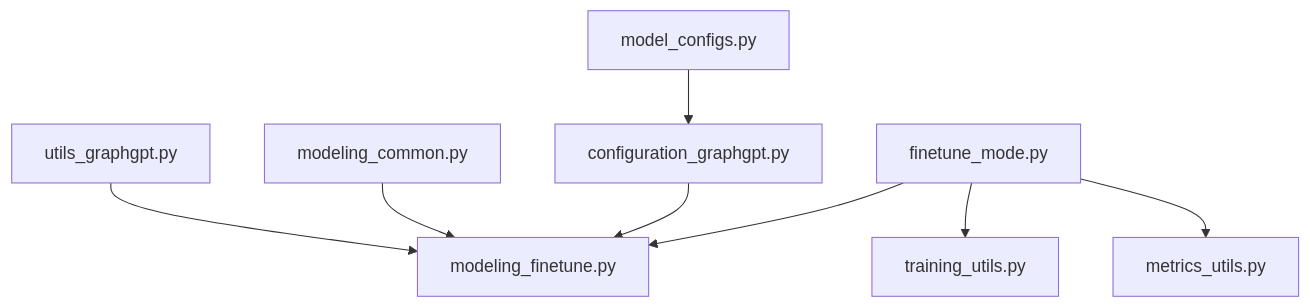
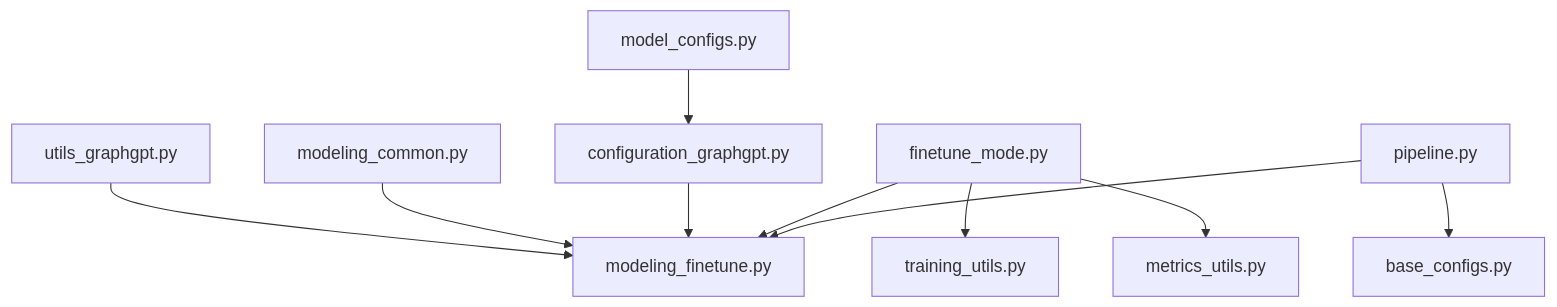
One commit to alibaba/graph-gpt changed the tenth of 10 diagrams in .qoder/repowiki/en/content/Model Architecture/Fine-tuning Models.md. Above: the diagram before and after it, drawn with Mermaid. The commit also changed other lines of this file and 7 other files, not shown here.

````diff
--- a/.qoder/repowiki/en/content/Model Architecture/Fine-tuning Models.md
+++ b/.qoder/repowiki/en/content/Model Architecture/Fine-tuning Models.md
@@ -325,10 +380,12 @@
 ```mermaid
 graph TB
 MU["utils_graphgpt.py"] --> MF["modeling_finetune.py"]
 MC["modeling_common.py"] --> MF
 CG["configuration_graphgpt.py"] --> MF
 MCfg["model_configs.py"] --> CG
 FM["finetune_mode.py"] --> MF
 FM --> TU["training_utils.py"]
 FM --> MET["metrics_utils.py"]
+PIPE["pipeline.py"] --> MF
+PIPE --> TC["base_configs.py"]
 ```
````
